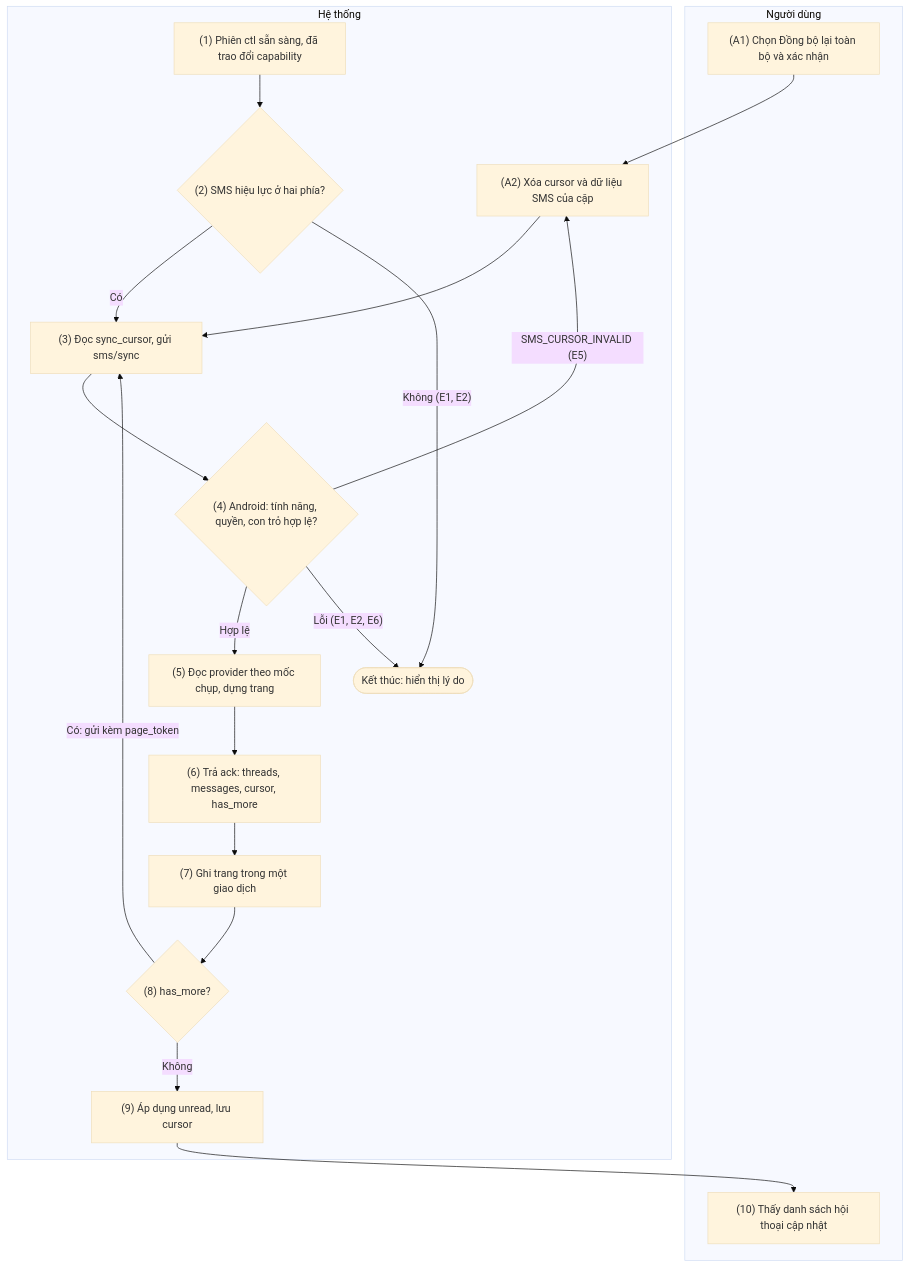
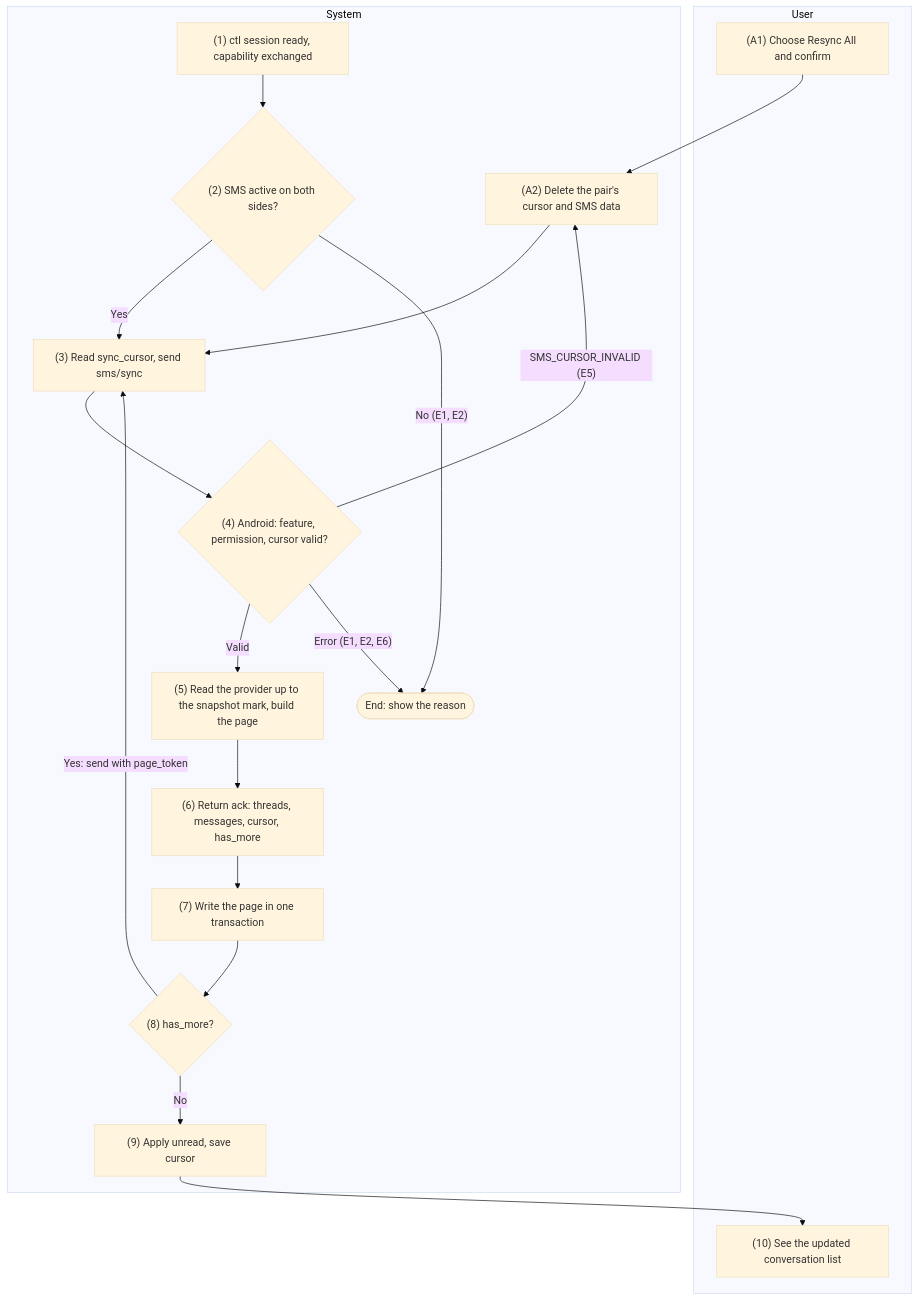
Before and after one commit to HandLive/handlive: the first of 5 diagrams in docs/detailed-design/05-sms.md, drawn with Mermaid (base theme). The commit also changed other lines of this file and 1 other file, not shown here.

Commit message:
docs: translate docs/detailed-design/05-sms.md into English

````diff
--- a/docs/detailed-design/05-sms.md
+++ b/docs/detailed-design/05-sms.md
@@ -54,29 +56,29 @@
 ```mermaid
 flowchart TB
-  subgraph ND["Người dùng"]
-    UA1["(A1) Chọn Đồng bộ lại toàn bộ và xác nhận"]
-    U10["(10) Thấy danh sách hội thoại cập nhật"]
+  subgraph ND["User"]
+    UA1["(A1) Choose Resync All and confirm"]
+    U10["(10) See the updated conversation list"]
   end
-  subgraph HT["Hệ thống"]
-    S1["(1) Phiên ctl sẵn sàng, đã trao đổi capability"]
-    D2{"(2) SMS hiệu lực ở hai phía?"}
-    S3["(3) Đọc sync_cursor, gửi sms/sync"]
-    D4{"(4) Android: tính năng, quyền, con trỏ hợp lệ?"}
-    S5["(5) Đọc provider theo mốc chụp, dựng trang"]
-    S6["(6) Trả ack: threads, messages, cursor, has_more"]
-    S7["(7) Ghi trang trong một giao dịch"]
+  subgraph HT["System"]
+    S1["(1) ctl session ready, capability exchanged"]
+    D2{"(2) SMS active on both sides?"}
+    S3["(3) Read sync_cursor, send sms/sync"]
+    D4{"(4) Android: feature, permission, cursor valid?"}
+    S5["(5) Read the provider up to the snapshot mark, build the page"]
+    S6["(6) Return ack: threads, messages, cursor, has_more"]
+    S7["(7) Write the page in one transaction"]
     D8{"(8) has_more?"}
-    S9["(9) Áp dụng unread, lưu cursor"]
-    SA2["(A2) Xóa cursor và dữ liệu SMS của cặp"]
-    X1(["Kết thúc: hiển thị lý do"])
+    S9["(9) Apply unread, save cursor"]
+    SA2["(A2) Delete the pair's cursor and SMS data"]
+    X1(["End: show the reason"])
   end
   S1 --> D2
-  D2 -- "Có" --> S3 --> D4
-  D2 -- "Không (E1, E2)" --> X1
-  D4 -- "Hợp lệ" --> S5 --> S6 --> S7 --> D8
-  D4 -- "Lỗi (E1, E2, E6)" --> X1
+  D2 -- "Yes" --> S3 --> D4
+  D2 -- "No (E1, E2)" --> X1
+  D4 -- "Valid" --> S5 --> S6 --> S7 --> D8
+  D4 -- "Error (E1, E2, E6)" --> X1
   D4 -- "SMS_CURSOR_INVALID (E5)" --> SA2
-  D8 -- "Có: gửi kèm page_token" --> S3
-  D8 -- "Không" --> S9 --> U10
+  D8 -- "Yes: send with page_token" --> S3
+  D8 -- "No" --> S9 --> U10
   UA1 --> SA2 --> S3
 ```
````
